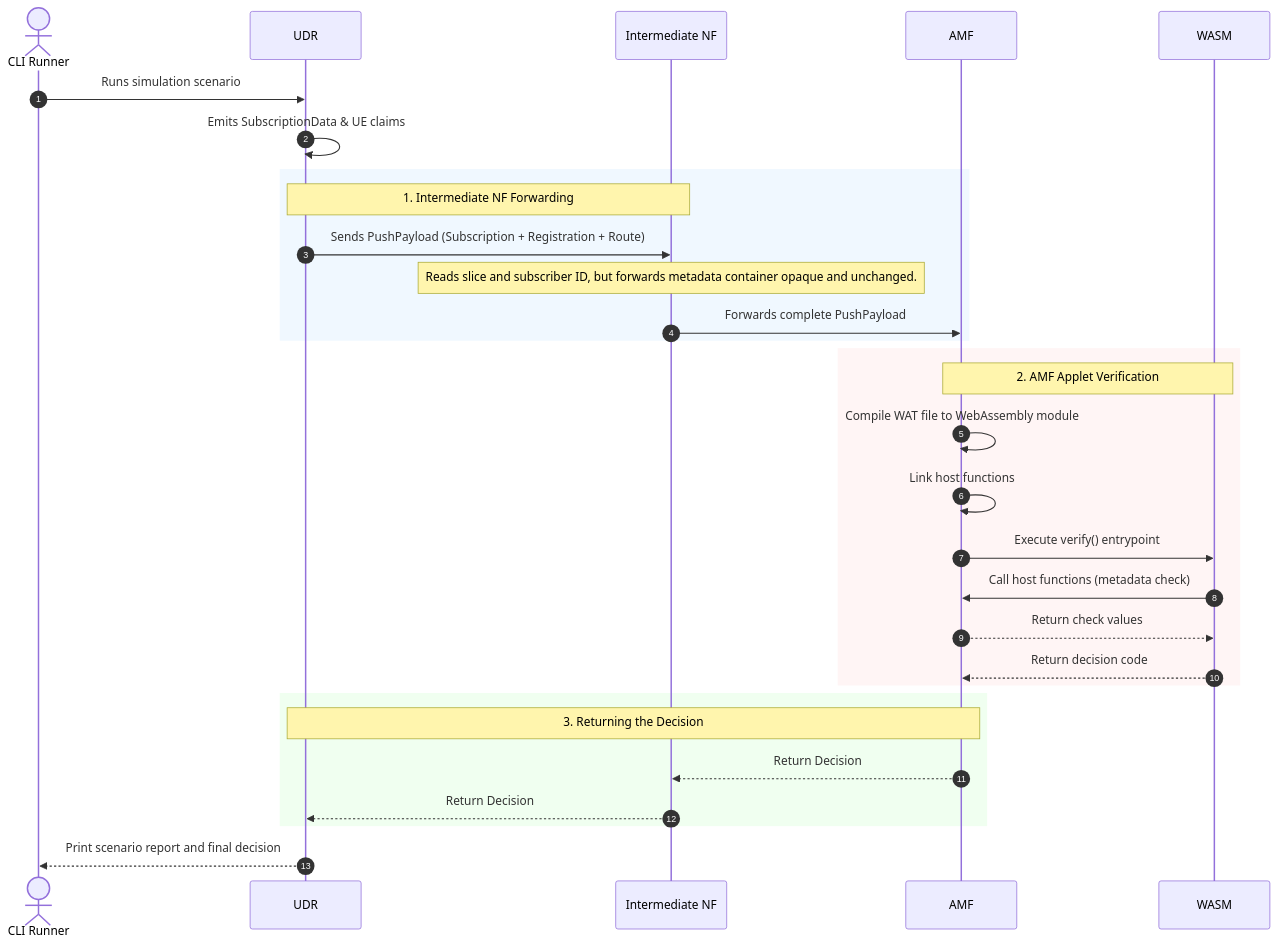
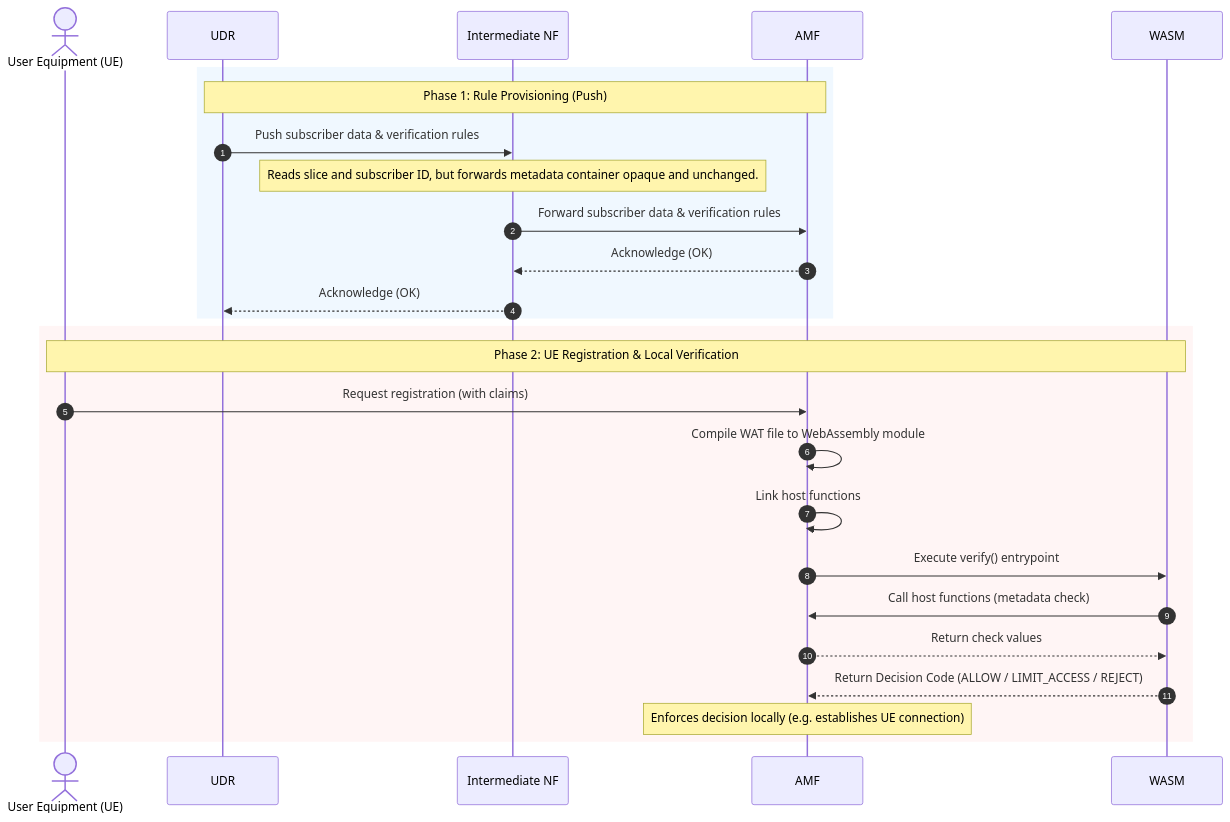
The diagram in README.md (acore2026/programmable-para), drawn with Mermaid before and after one commit.

Commit message:
docs: align sequence diagrams in README and team introduction guide to show local decision enforcement

````diff
--- a/README.md
+++ b/README.md
@@ -44,39 +44,32 @@
 ```mermaid
 sequenceDiagram
     autonumber
-    actor User as CLI Runner
+    actor UE as User Equipment (UE)
     participant UDR as UDR
     participant INF as Intermediate NF
     participant AMF as AMF
     participant WASM as WASM
 
-    User->>UDR: Runs simulation scenario
-    UDR->>UDR: Emits SubscriptionData & UE claims
-
     rect rgb(240, 248, 255)
-    Note over UDR, INF: 1. Intermediate NF Forwarding
-    UDR->>INF: Sends PushPayload (Subscription + Registration + Route)
+    Note over UDR, AMF: Phase 1: Rule Provisioning (Push)
+    UDR->>INF: Push subscriber data & verification rules
     Note over INF: Reads slice and subscriber ID, but forwards metadata container opaque and unchanged.
-    INF->>AMF: Forwards complete PushPayload
+    INF->>AMF: Forward subscriber data & verification rules
+    AMF-->>INF: Acknowledge (OK)
+    INF-->>UDR: Acknowledge (OK)
     end
 
     rect rgb(255, 245, 245)
-    Note over AMF, WASM: 2. AMF Applet Verification
+    Note over UE, WASM: Phase 2: UE Registration & Local Verification
+    UE->>AMF: Request registration (with claims)
     AMF->>AMF: Compile WAT file to WebAssembly module
     AMF->>AMF: Link host functions
     AMF->>WASM: Execute verify() entrypoint
     
     WASM->>AMF: Call host functions (metadata check)
     AMF-->>WASM: Return check values
     
-    WASM-->>AMF: Return decision code
+    WASM-->>AMF: Return Decision Code (ALLOW / LIMIT_ACCESS / REJECT)
+    Note over AMF: Enforces decision locally (e.g. establishes UE connection)
     end
-
-    rect rgb(240, 255, 240)
-    Note over AMF, UDR: 3. Returning the Decision
-    AMF-->>INF: Return Decision
-    INF-->>UDR: Return Decision
-    end
-
-    UDR-->>User: Print scenario report and final decision
 ```
````
